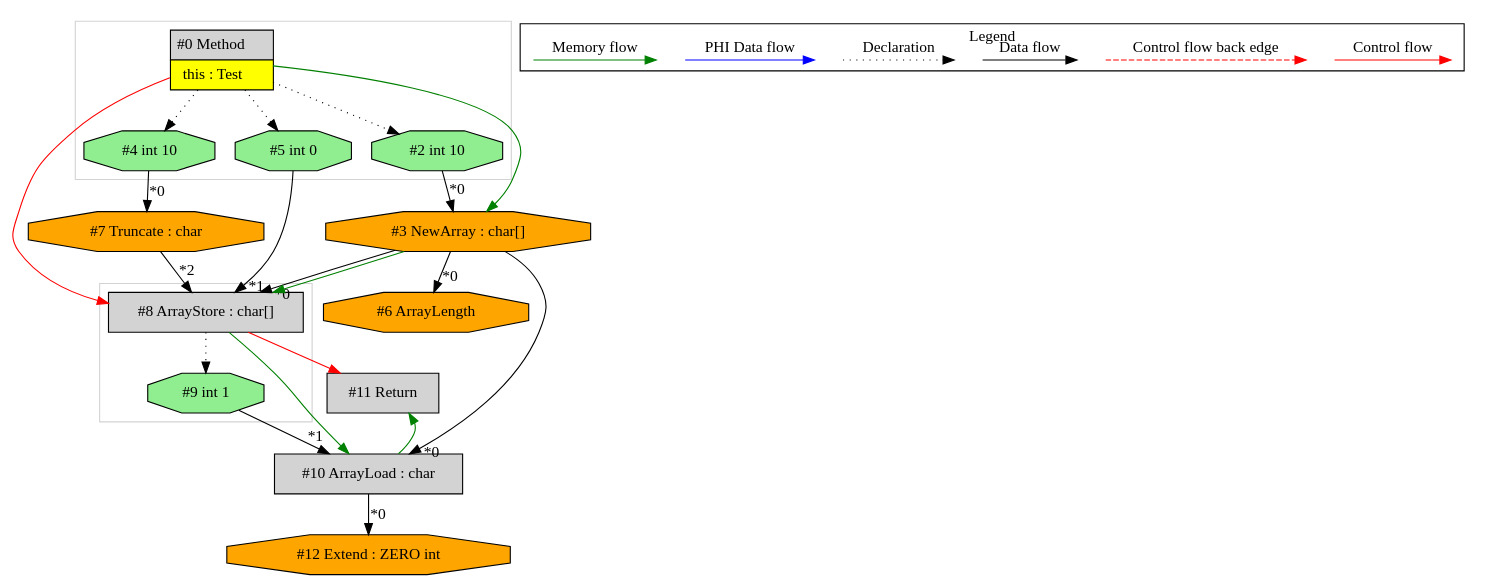
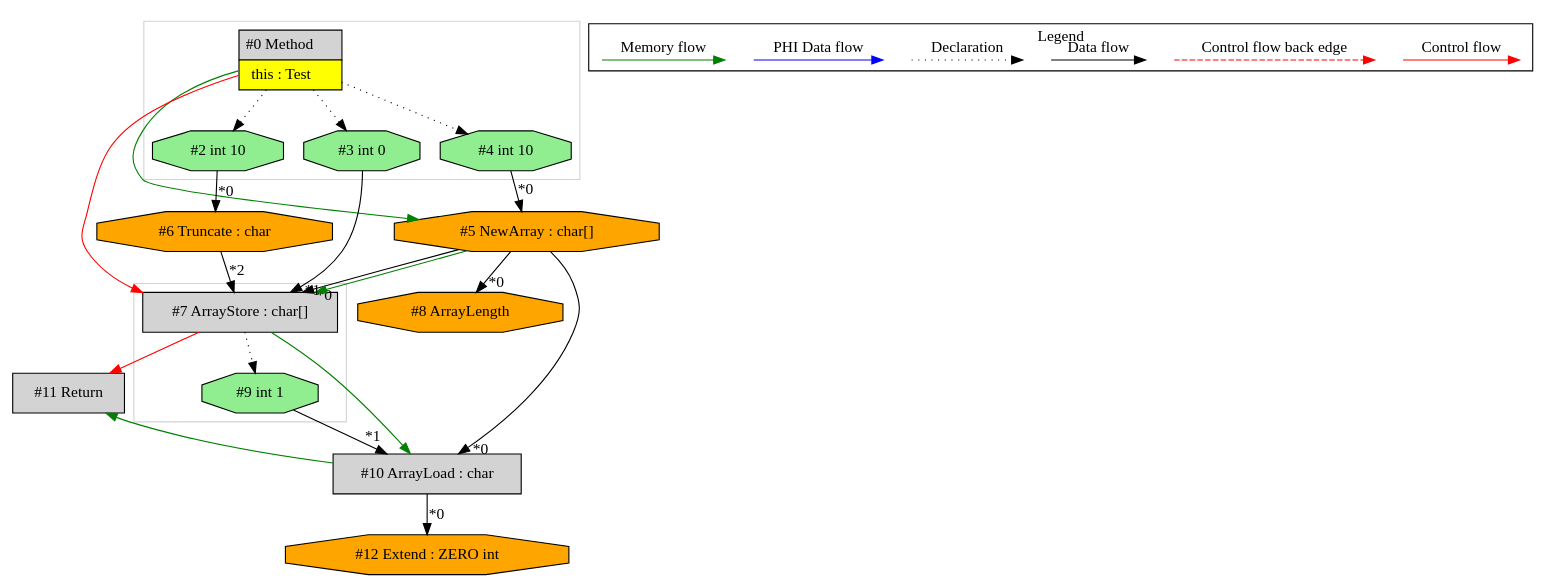
One commit to mirkosertic/MetaIR changed the diagram in de.mirkosertic.metair.ir.OpcodeNEWARRAYTest/test_NEWARRAY_char/ir.dot. Above: the diagram before and after it, drawn with Graphviz. The commit also changed 1265 other files, not shown here.

```diff
--- a/de.mirkosertic.metair.ir.OpcodeNEWARRAYTest/test_NEWARRAY_char/ir.dot
+++ b/de.mirkosertic.metair.ir.OpcodeNEWARRAYTest/test_NEWARRAY_char/ir.dot
@@ -1,72 +1,72 @@
 digraph {
  ordering="in";
  node0[margin="0", label=<<table border="0" cellborder="1" cellspacing="0" cellpadding="5"><tr><td colspan="1">#0 Method</td></tr><tr><td port="prj1" bgcolor="yellow">this : Test</td></tr></table>>,shape=none, fillcolor=lightgrey, style=filled];
- node8[label="#8 ArrayStore : char[]",shape=box, fillcolor=lightgrey, style=filled];
- node3 -> node8[headlabel="*0", labeldistance=2];
- node5 -> node8[headlabel="*1", labeldistance=2];
- node7 -> node8[headlabel="*2", labeldistance=2];
- node3 -> node8[labeldistance=2, color=green, constraint=false];
- node0 -> node8[labeldistance=2, color=red, fontcolor=red];
- node3[label="#3 NewArray : char[]",shape=octagon, fillcolor=orange, style=filled];
- node2 -> node3[headlabel="*0", labeldistance=2];
- node0 -> node3[labeldistance=2, color=green, constraint=false];
+ node5[label="#5 NewArray : char[]",shape=octagon, fillcolor=orange, style=filled];
+ node4 -> node5[headlabel="*0", labeldistance=2];
+ node0 -> node5[labeldistance=2, color=green, constraint=false];
+ node4[label="#4 int 10",shape=octagon, fillcolor=lightgreen, style=filled];
+ node0 -> node4[style=dotted];
+ node8[label="#8 ArrayLength",shape=octagon, fillcolor=orange, style=filled];
+ node5 -> node8[headlabel="*0", labeldistance=2];
+ node10[label="#10 ArrayLoad : char",shape=box, fillcolor=lightgrey, style=filled];
+ node5 -> node10[headlabel="*0", labeldistance=2];
+ node9 -> node10[headlabel="*1", labeldistance=2];
+ node7 -> node10[labeldistance=2, color=green, constraint=false];
+ node7[label="#7 ArrayStore : char[]",shape=box, fillcolor=lightgrey, style=filled];
+ node5 -> node7[headlabel="*0", labeldistance=2];
+ node3 -> node7[headlabel="*1", labeldistance=2];
+ node6 -> node7[headlabel="*2", labeldistance=2];
+ node5 -> node7[labeldistance=2, color=green, constraint=false];
+ node0 -> node7[labeldistance=2, color=red, fontcolor=red];
+ node6[label="#6 Truncate : char",shape=octagon, fillcolor=orange, style=filled];
+ node2 -> node6[headlabel="*0", labeldistance=2];
  node2[label="#2 int 10",shape=octagon, fillcolor=lightgreen, style=filled];
  node0 -> node2[style=dotted];
- node6[label="#6 ArrayLength",shape=octagon, fillcolor=orange, style=filled];
- node3 -> node6[headlabel="*0", labeldistance=2];
- node10[label="#10 ArrayLoad : char",shape=box, fillcolor=lightgrey, style=filled];
- node3 -> node10[headlabel="*0", labeldistance=2];
- node9 -> node10[headlabel="*1", labeldistance=2];
- node8 -> node10[labeldistance=2, color=green, constraint=false];
+ node3[label="#3 int 0",shape=octagon, fillcolor=lightgreen, style=filled];
+ node0 -> node3[style=dotted];
+ node11[label="#11 Return",shape=box, fillcolor=lightgrey, style=filled];
+ node7 -> node11[labeldistance=2, color=red, fontcolor=red];
+ node10 -> node11[labeldistance=2, color=green, constraint=false];
  node9[label="#9 int 1",shape=octagon, fillcolor=lightgreen, style=filled];
- node8 -> node9[style=dotted];
+ node7 -> node9[style=dotted];
  node12[label="#12 Extend : ZERO int",shape=octagon, fillcolor=orange, style=filled];
  node10 -> node12[headlabel="*0", labeldistance=2];
- node11[label="#11 Return",shape=box, fillcolor=lightgrey, style=filled];
- node8 -> node11[labeldistance=2, color=red, fontcolor=red];
- node10 -> node11[labeldistance=2, color=green, constraint=false];
- node7[label="#7 Truncate : char",shape=octagon, fillcolor=orange, style=filled];
- node4 -> node7[headlabel="*0", labeldistance=2];
- node4[label="#4 int 10",shape=octagon, fillcolor=lightgreen, style=filled];
- node0 -> node4[style=dotted];
- node5[label="#5 int 0",shape=octagon, fillcolor=lightgreen, style=filled];
- node0 -> node5[style=dotted];
  subgraph cluster_0 {
   color=lightgray;
   node0;
   node2;
+  node3;
   node4;
-  node5;
  }
  subgraph cluster_1 {
   color=lightgray;
-  node8;
+  node7;
   node9;
  }
  subgraph cluster_000 {
   label = "Legend";
   node [shape=point]
   {
    rank=same;
    c0 [style = invis];
    c1 [style = invis];
    c2 [style = invis];
    c3 [style = invis];
    d0 [style = invis];
    d1 [style = invis];
    d2 [style = invis];
    d3 [style = invis];
    d4 [style = invis];
    d5 [style = invis];
    d6 [style = invis];
    d7 [style = invis];
   }
   c0 -> c1 [label="Control flow", style=solid, color=red]
   c2 -> c3 [label="Control flow back edge", style=dashed, color=red]
   d0 -> d1 [label="Data flow"]
   d2 -> d3 [label="Declaration", style=dotted]
   d4 -> d5 [label="PHI Data flow", color=blue]
   d6 -> d7 [label="Memory flow", color=green]
  }
 
 }
```
